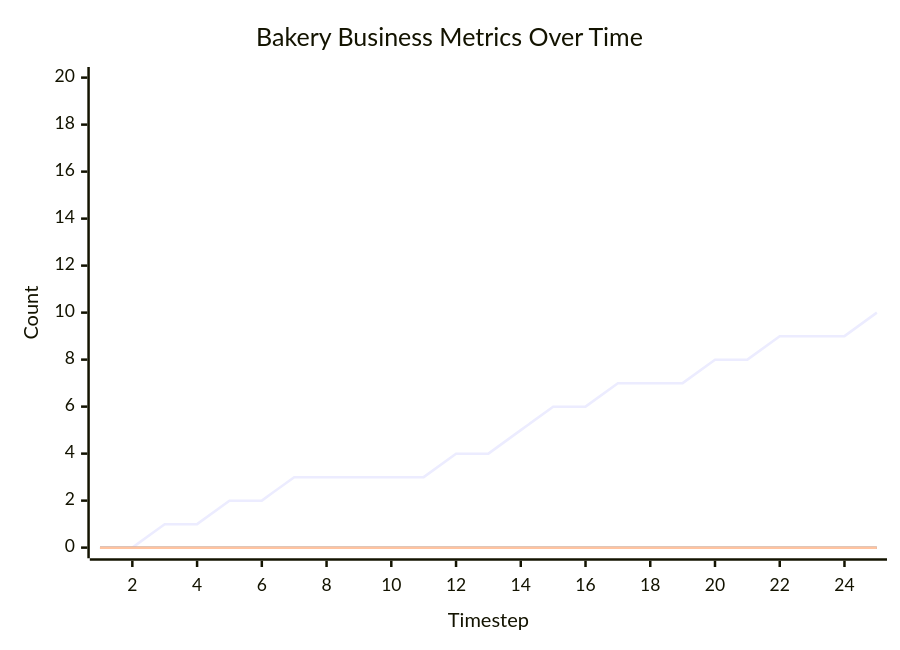
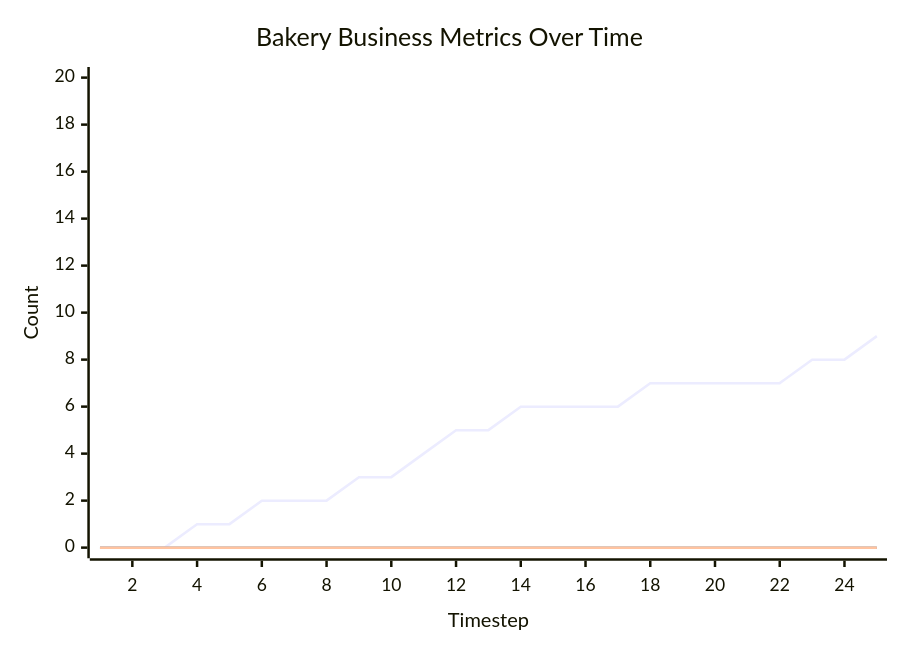
The third of 3 diagrams in z3/run.md (rfielding/ctl), drawn with Mermaid before and after one commit. The commit also changed other lines of this file and 1 other file, not shown here.

````diff
--- a/z3/run.md
+++ b/z3/run.md
@@ -437,9 +402,9 @@
 ```mermaid
 xychart-beta
     title "Bakery Business Metrics Over Time"
     x-axis "Timestep" 1 --> 25
     y-axis "Count" 0 --> 20
-    line "Breads Baked" [0,0,1,1,2,2,3,3,3,3,3,4,4,5,6,6,7,7,7,8,8,9,9,9,10]
+    line "Breads Baked" [0,0,0,1,1,2,2,2,3,3,4,5,5,6,6,6,6,7,7,7,7,7,8,8,9]
     line "Items Sold" [0,0,0,0,0,0,0,0,0,0,0,0,0,0,0,0,0,0,0,0,0,0,0,0,0]
     line "Revenue ($10s)" [0,0,0,0,0,0,0,0,0,0,0,0,0,0,0,0,0,0,0,0,0,0,0,0,0]
 ```
````
